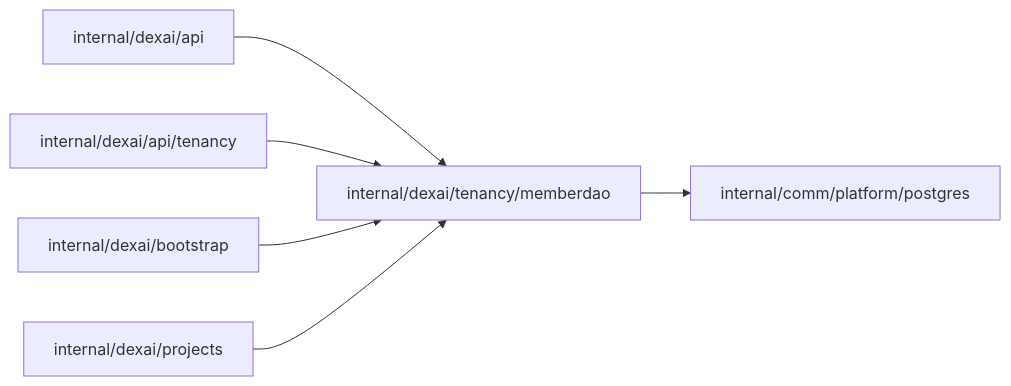
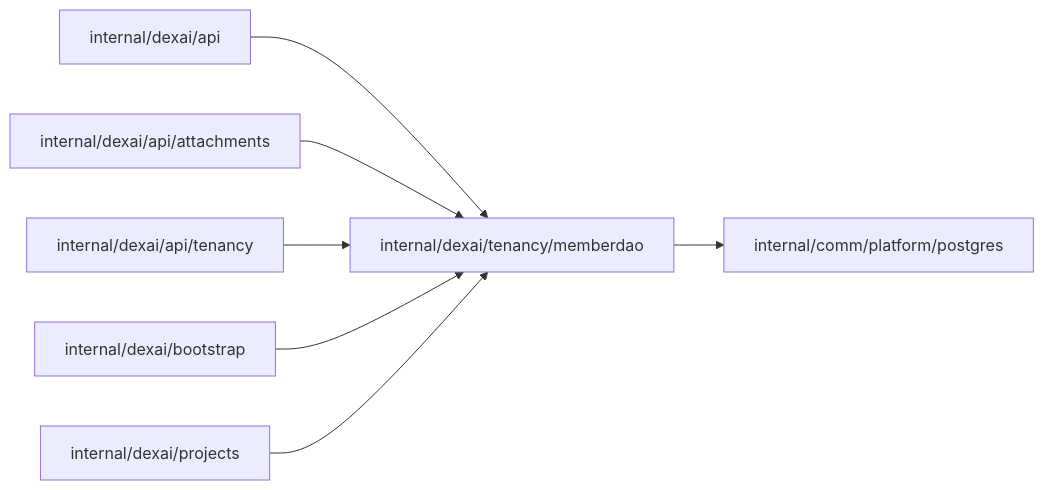
One commit to superdurable/superverse changed the diagram in internal/dexai/tenancy/memberdao/README.md. Above: the diagram before and after it, drawn with Mermaid. The commit also changed other lines of this file and 259 other files, not shown here.

````diff
--- a/internal/dexai/tenancy/memberdao/README.md
+++ b/internal/dexai/tenancy/memberdao/README.md
@@ -10,9 +10,10 @@
 ```mermaid
 flowchart LR
   self["internal/dexai/tenancy/memberdao"]
   c0["internal/dexai/api"] --> self
-  c1["internal/dexai/api/tenancy"] --> self
-  c2["internal/dexai/bootstrap"] --> self
-  c3["internal/dexai/projects"] --> self
+  c1["internal/dexai/api/attachments"] --> self
+  c2["internal/dexai/api/tenancy"] --> self
+  c3["internal/dexai/bootstrap"] --> self
+  c4["internal/dexai/projects"] --> self
   self --> d0["internal/comm/platform/postgres"]
 ```
````
